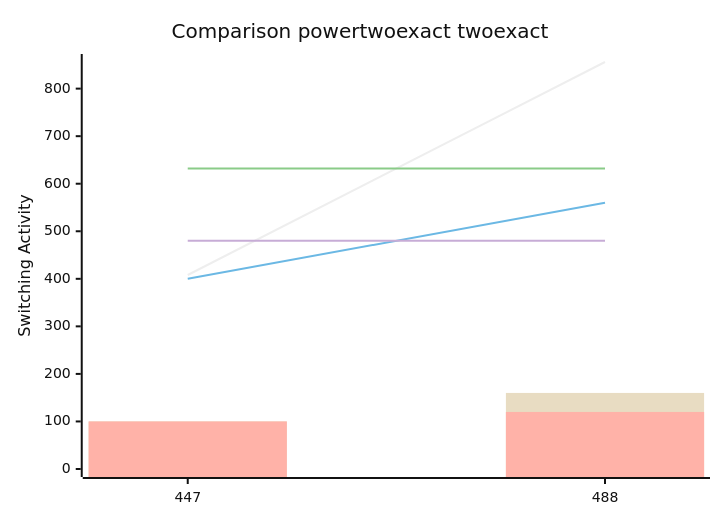
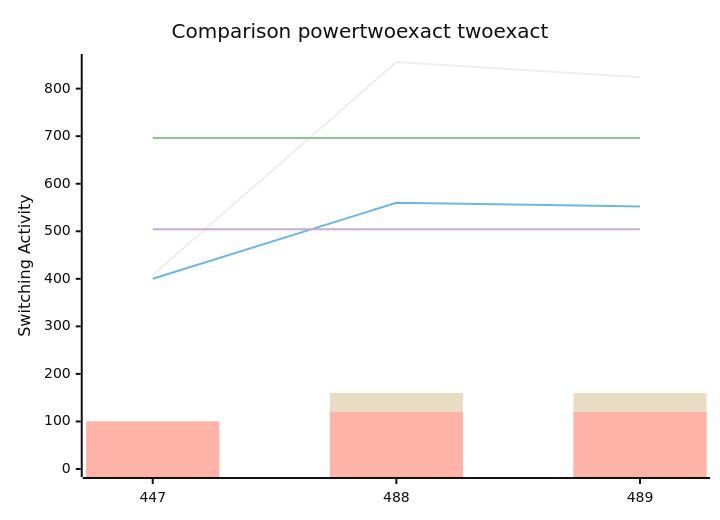
One commit to FeldmeierMichael/Exact-Power-Synthesis changed the diagram in benchmark_opt2.md. Above: the diagram before and after it, drawn with Mermaid (neutral theme). The commit also changed other lines of this file, not shown here.

````diff
--- a/benchmark_opt2.md
+++ b/benchmark_opt2.md
@@ -5,12 +7,12 @@
 ```mermaid
 xychart-beta
     title "Comparison powertwoexact twoexact"
-    x-axis [447, 488]
+    x-axis [447, 488, 489]
     y-axis "Switching Activity" 0-->856
-    line [408, 856]
-    line [400, 560]
-    line [632.0, 632.0]
-    line [480.0, 480.0]
-    bar [100, 160]
-    bar [100, 120]
+    line [408, 856, 824]
+    line [400, 560, 552]
+    line [696.0, 696.0, 696.0]
+    line [504.0, 504.0, 504.0]
+    bar [100, 160, 160]
+    bar [100, 120, 120]
 ```
````
